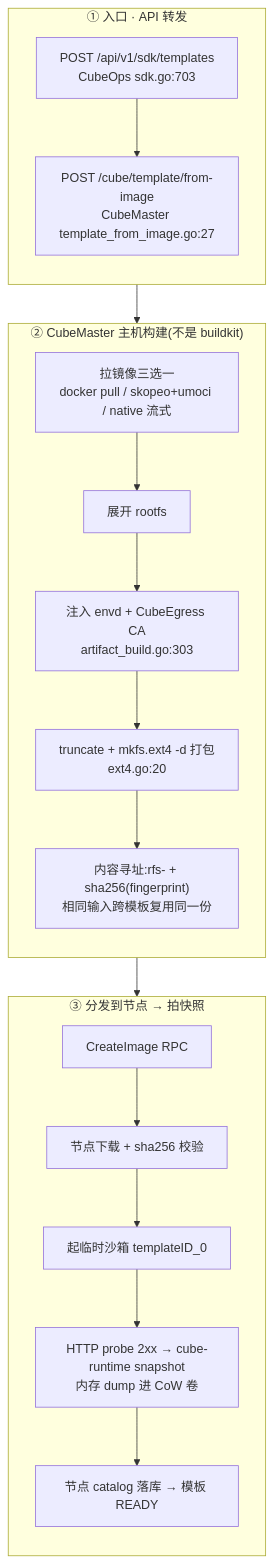
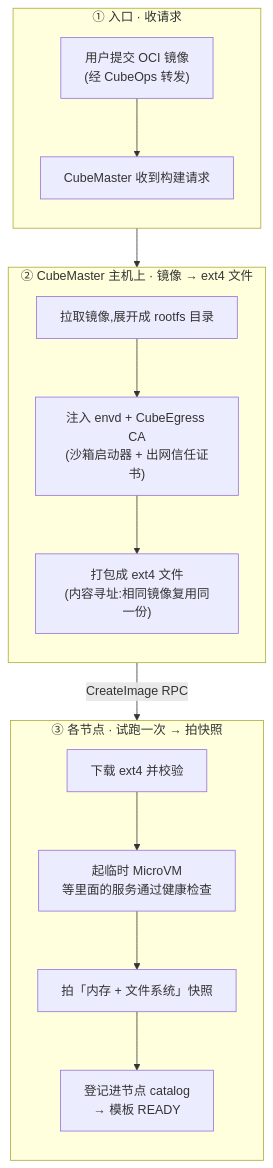
The second of 5 diagrams in cube/cube-template-creation-flow.md (yangjinqian128/note), drawn with Mermaid before and after one commit. The commit also changed other lines of this file and 7 other files, not shown here.

````diff
--- a/cube/cube-template-creation-flow.md
+++ b/cube/cube-template-creation-flow.md
@@ -67,20 +51,20 @@
 ```mermaid
 flowchart TD
-    subgraph Entry["① 入口 · API 转发"]
+    subgraph Entry["① 入口 · 收请求"]
         direction TB
-        A["POST /api/v1/sdk/templates<br/>CubeOps sdk.go:703"] --> B["POST /cube/template/from-image<br/>CubeMaster template_from_image.go:27"]
+        A["用户提交 OCI 镜像<br/>(经 CubeOps 转发)"] --> B["CubeMaster 收到构建请求"]
     end
 
-    subgraph Build["② CubeMaster 主机构建(不是 buildkit)"]
+    subgraph Build["② CubeMaster 主机上 · 镜像 → ext4 文件"]
         direction TB
-        C["拉镜像三选一<br/>docker pull / skopeo+umoci / native 流式"] --> D["展开 rootfs"] --> E["注入 envd + CubeEgress CA<br/>artifact_build.go:303"] --> F["truncate + mkfs.ext4 -d 打包<br/>ext4.go:20"] --> G["内容寻址:rfs- + sha256(fingerprint)<br/>相同输入跨模板复用同一份"]
+        C["拉取镜像,展开成 rootfs 目录"] --> D["注入 envd + CubeEgress CA<br/>(沙箱启动器 + 出网信任证书)"] --> E["打包成 ext4 文件<br/>(内容寻址:相同镜像复用同一份)"]
     end
 
-    subgraph Dist["③ 分发到节点 → 拍快照"]
+    subgraph Dist["③ 各节点 · 试跑一次 → 拍快照"]
         direction TB
-        H["CreateImage RPC"] --> I["节点下载 + sha256 校验"] --> J["起临时沙箱 templateID_0"] --> K["HTTP probe 2xx → cube-runtime snapshot<br/>内存 dump 进 CoW 卷"] --> L["节点 catalog 落库 → 模板 READY"]
+        F["下载 ext4 并校验"] --> G["起临时 MicroVM<br/>等里面的服务通过健康检查"] --> H["拍「内存 + 文件系统」快照"] --> I["登记进节点 catalog<br/>→ 模板 READY"]
     end
 
     B --> C
-    G --> H
+    E -->|"CreateImage RPC"| F
 ```
````
